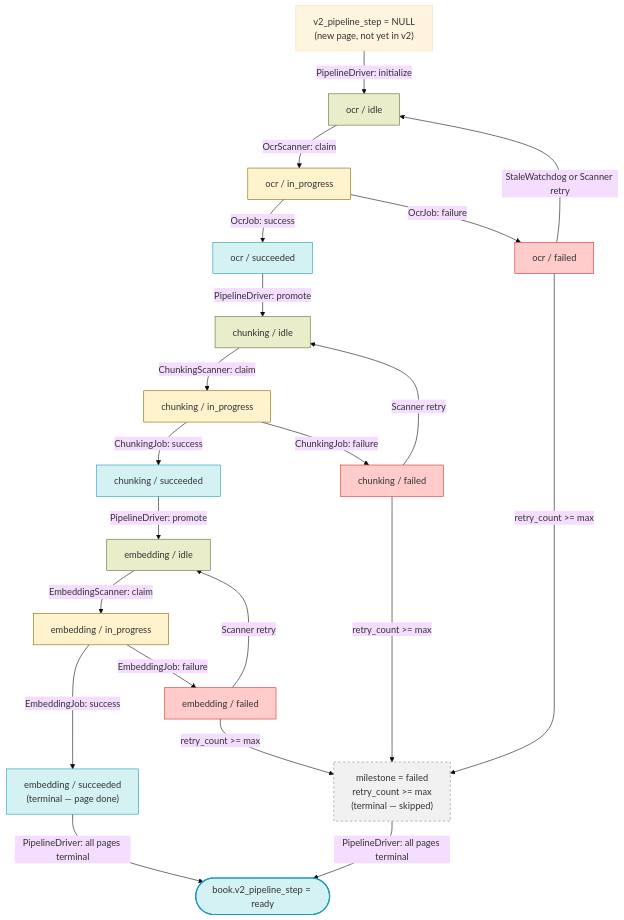
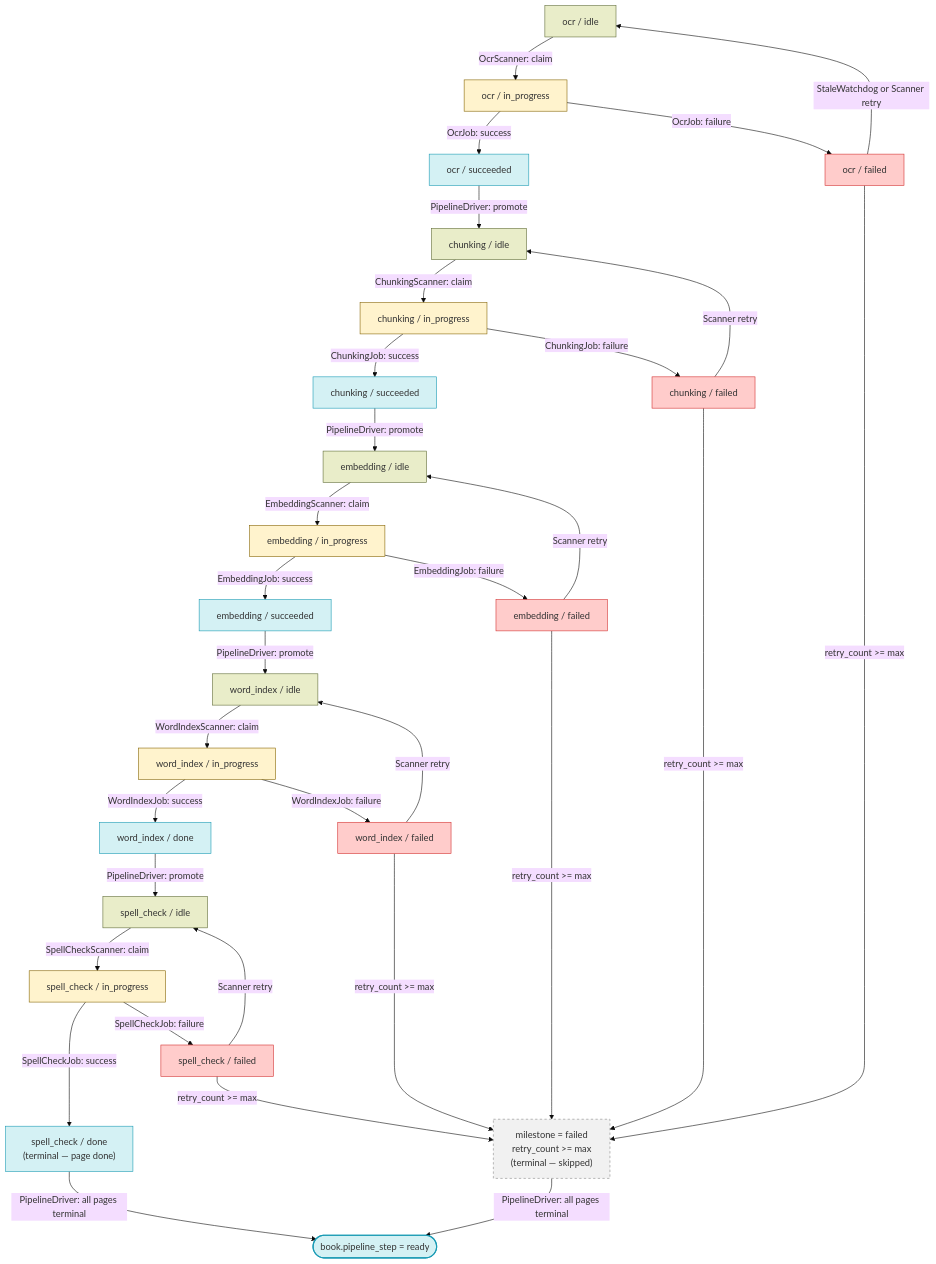
The diagram in docs/WORKER_DESIGN.md (Kitabim-AI/kitabim-ai), drawn with Mermaid (base theme) before and after one commit. The commit also changed other lines of this file and 9 other files, not shown here.

````diff
--- a/docs/WORKER_DESIGN.md
+++ b/docs/WORKER_DESIGN.md
@@ -248,55 +257,75 @@
 ```mermaid
 flowchart TD
-    NULL["v2_pipeline_step = NULL\n(new page, not yet in v2)"]
     OCR_IDLE["ocr / idle"]
     OCR_IP["ocr / in_progress"]
     OCR_OK["ocr / succeeded"]
     OCR_FAIL["ocr / failed"]
     CHUNK_IDLE["chunking / idle"]
     CHUNK_IP["chunking / in_progress"]
     CHUNK_OK["chunking / succeeded"]
     CHUNK_FAIL["chunking / failed"]
     EMB_IDLE["embedding / idle"]
     EMB_IP["embedding / in_progress"]
-    EMB_OK["embedding / succeeded\n(terminal — page done)"]
+    EMB_OK["embedding / succeeded"]
     EMB_FAIL["embedding / failed"]
+    INDEX_IDLE["word_index / idle"]
+    INDEX_IP["word_index / in_progress"]
+    INDEX_OK["word_index / done"]
+    INDEX_FAIL["word_index / failed"]
+    SPELL_IDLE["spell_check / idle"]
+    SPELL_IP["spell_check / in_progress"]
+    SPELL_OK["spell_check / done\n(terminal — page done)"]
+    SPELL_FAIL["spell_check / failed"]
     TERMINAL["milestone = failed\nretry_count >= max\n(terminal — skipped)"]
 
-    NULL -->|PipelineDriver: initialize| OCR_IDLE
     OCR_IDLE -->|OcrScanner: claim| OCR_IP
     OCR_IP -->|OcrJob: success| OCR_OK
     OCR_IP -->|OcrJob: failure| OCR_FAIL
     OCR_FAIL -->|StaleWatchdog or Scanner retry| OCR_IDLE
     OCR_FAIL -->|retry_count >= max| TERMINAL
     OCR_OK -->|PipelineDriver: promote| CHUNK_IDLE
 
     CHUNK_IDLE -->|ChunkingScanner: claim| CHUNK_IP
     CHUNK_IP -->|ChunkingJob: success| CHUNK_OK
     CHUNK_IP -->|ChunkingJob: failure| CHUNK_FAIL
     CHUNK_FAIL -->|Scanner retry| CHUNK_IDLE
     CHUNK_FAIL -->|retry_count >= max| TERMINAL
     CHUNK_OK -->|PipelineDriver: promote| EMB_IDLE
 
     EMB_IDLE -->|EmbeddingScanner: claim| EMB_IP
     EMB_IP -->|EmbeddingJob: success| EMB_OK
     EMB_IP -->|EmbeddingJob: failure| EMB_FAIL
     EMB_FAIL -->|Scanner retry| EMB_IDLE
     EMB_FAIL -->|retry_count >= max| TERMINAL
+    EMB_OK -->|PipelineDriver: promote| INDEX_IDLE
 
-    EMB_OK -->|PipelineDriver: all pages terminal| BookReady([book.v2_pipeline_step = ready])
+    INDEX_IDLE -->|WordIndexScanner: claim| INDEX_IP
+    INDEX_IP -->|WordIndexJob: success| INDEX_OK
+    INDEX_IP -->|WordIndexJob: failure| INDEX_FAIL
+    INDEX_FAIL -->|Scanner retry| INDEX_IDLE
+    INDEX_FAIL -->|retry_count >= max| TERMINAL
+    INDEX_OK -->|PipelineDriver: promote| SPELL_IDLE
+
+    SPELL_IDLE -->|SpellCheckScanner: claim| SPELL_IP
+    SPELL_IP -->|SpellCheckJob: success| SPELL_OK
+    SPELL_IP -->|SpellCheckJob: failure| SPELL_FAIL
+    SPELL_FAIL -->|Scanner retry| SPELL_IDLE
+    SPELL_FAIL -->|retry_count >= max| TERMINAL
+
+    SPELL_OK -->|PipelineDriver: all pages terminal| BookReady([book.pipeline_step = ready])
     TERMINAL -->|PipelineDriver: all pages terminal| BookReady
 
     classDef idle fill:#e9edc9,stroke:#606c38
     classDef active fill:#fff3cd,stroke:#856404
     classDef done fill:#d4f1f4,stroke:#189ab4
     classDef fail fill:#ffcccb,stroke:#d32f2f
     classDef terminal fill:#f1f1f1,stroke:#888,stroke-dasharray:4 4
     classDef book fill:#d4f1f4,stroke:#189ab4,stroke-width:2px
 
-    class OCR_IDLE,CHUNK_IDLE,EMB_IDLE idle
-    class OCR_IP,CHUNK_IP,EMB_IP active
-    class OCR_OK,CHUNK_OK,EMB_OK done
-    class OCR_FAIL,CHUNK_FAIL,EMB_FAIL fail
+    class OCR_IDLE,CHUNK_IDLE,EMB_IDLE,INDEX_IDLE,SPELL_IDLE idle
+    class OCR_IP,CHUNK_IP,EMB_IP,INDEX_IP,SPELL_IP active
+    class OCR_OK,CHUNK_OK,EMB_OK,INDEX_OK,SPELL_OK done
+    class OCR_FAIL,CHUNK_FAIL,EMB_FAIL,INDEX_FAIL,SPELL_FAIL fail
     class TERMINAL terminal
     class BookReady book
 ```
````
